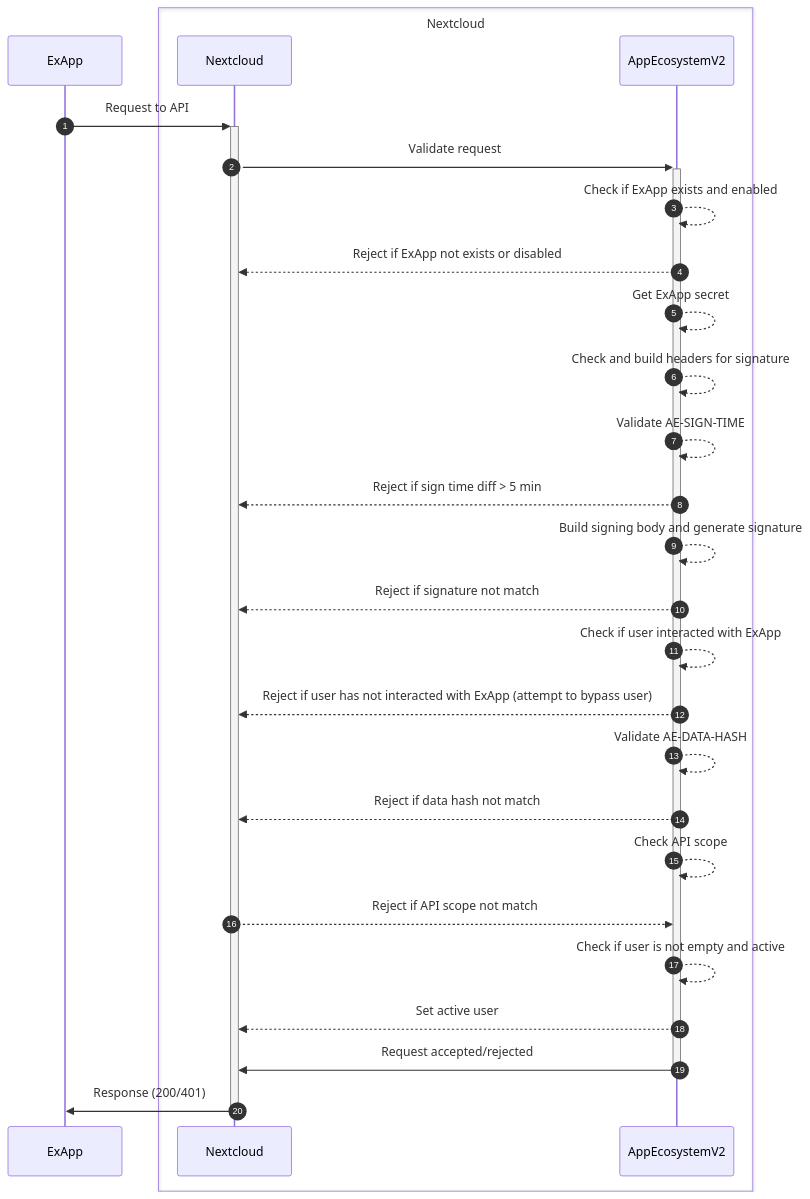
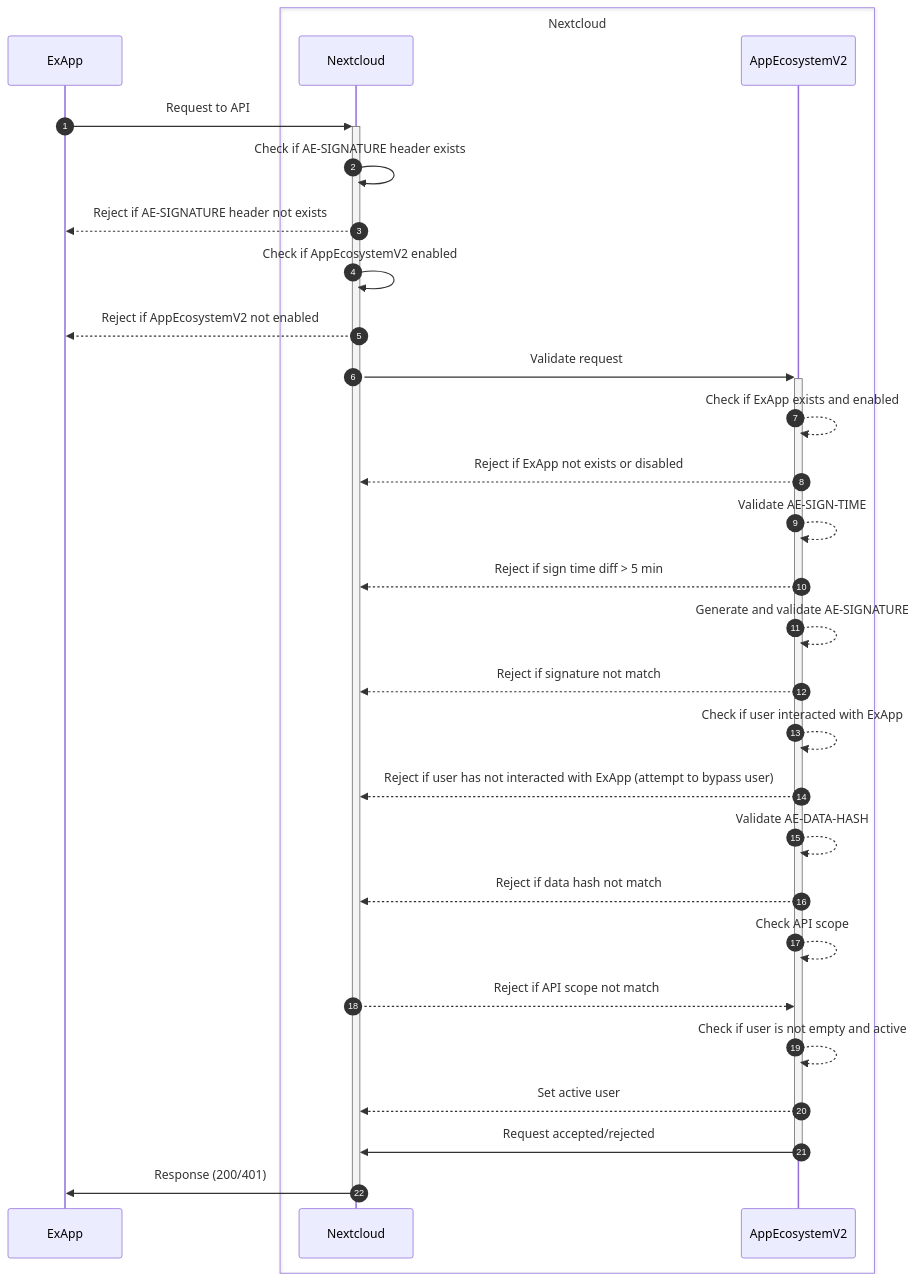
Before and after one commit to nextcloud/app_api: the second of 2 diagrams in README.md, drawn with Mermaid. The commit also changed other lines of this file and 6 other files, not shown here.

````diff
--- a/README.md
+++ b/README.md
@@ -102,29 +102,31 @@
 ```mermaid
 sequenceDiagram
 	autonumber
 	participant ExApp
 	box Nextcloud
 		participant Nextcloud
 		participant AppEcosystemV2
 	end
 	ExApp->>+Nextcloud: Request to API
+	Nextcloud->>Nextcloud: Check if AE-SIGNATURE header exists
+	Nextcloud-->>ExApp: Reject if AE-SIGNATURE header not exists
+	Nextcloud->>Nextcloud: Check if AppEcosystemV2 enabled
+	Nextcloud-->>ExApp: Reject if AppEcosystemV2 not enabled
 	Nextcloud->>+AppEcosystemV2: Validate request
 	AppEcosystemV2-->>AppEcosystemV2: Check if ExApp exists and enabled
 	AppEcosystemV2-->>Nextcloud: Reject if ExApp not exists or disabled
-	AppEcosystemV2-->>AppEcosystemV2: Get ExApp secret
-	AppEcosystemV2-->>AppEcosystemV2: Check and build headers for signature
 	AppEcosystemV2-->>AppEcosystemV2: Validate AE-SIGN-TIME
 	AppEcosystemV2-->>Nextcloud: Reject if sign time diff > 5 min
-	AppEcosystemV2-->>AppEcosystemV2: Build signing body and generate signature
+	AppEcosystemV2-->>AppEcosystemV2: Generate and validate AE-SIGNATURE
 	AppEcosystemV2-->>Nextcloud: Reject if signature not match
 	AppEcosystemV2-->>AppEcosystemV2: Check if user interacted with ExApp
 	AppEcosystemV2-->>Nextcloud: Reject if user has not interacted with ExApp (attempt to bypass user)
 	AppEcosystemV2-->>AppEcosystemV2: Validate AE-DATA-HASH
 	AppEcosystemV2-->>Nextcloud: Reject if data hash not match
 	AppEcosystemV2-->>AppEcosystemV2: Check API scope
 	Nextcloud-->>AppEcosystemV2: Reject if API scope not match
 	AppEcosystemV2-->>AppEcosystemV2: Check if user is not empty and active
 	AppEcosystemV2-->>Nextcloud: Set active user
 	AppEcosystemV2->>-Nextcloud: Request accepted/rejected
 	Nextcloud->>-ExApp: Response (200/401)
 ```
````
